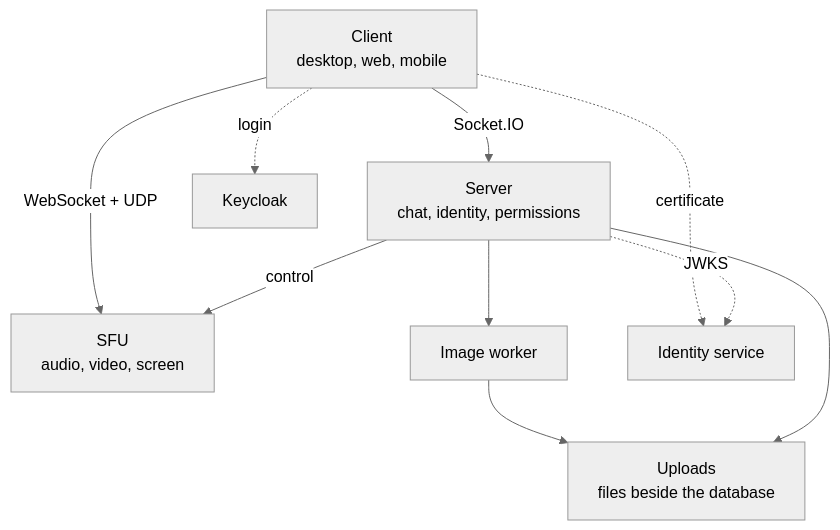
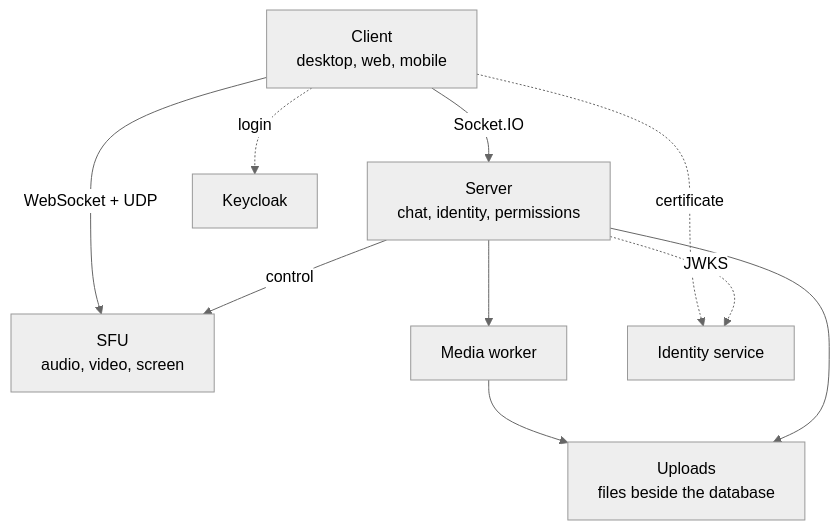
Before and after one commit to Gryt-chat/docs: the first of 3 diagrams in content/docs/about/architecture.mdx, drawn with Mermaid (neutral theme). The commit also changed other lines of this file and 15 other files, not shown here.

First line of the commit message:
Docs: call it the media worker (#155)

````diff
--- a/content/docs/about/architecture.mdx
+++ b/content/docs/about/architecture.mdx
@@ -14,20 +14,20 @@
 ```mermaid
 graph TB
   C["Client<br/>desktop, web, mobile"]
   S["Server<br/>chat, identity, permissions"]
   SFU["SFU<br/>audio, video, screen"]
-  IW["Image worker"]
+  IW["Media worker"]
   OS["Uploads<br/>files beside the database"]
   K["Keycloak"]
   ID["Identity service"]
 
   C -->|"Socket.IO"| S
   C -->|"WebSocket + UDP"| SFU
   S -->|"control"| SFU
   S --> IW
   IW --> OS
   S --> OS
   C -.->|"login"| K
   C -.->|"certificate"| ID
   S -.->|"JWKS"| ID
 ```
````
